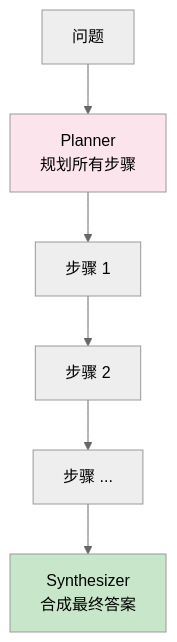
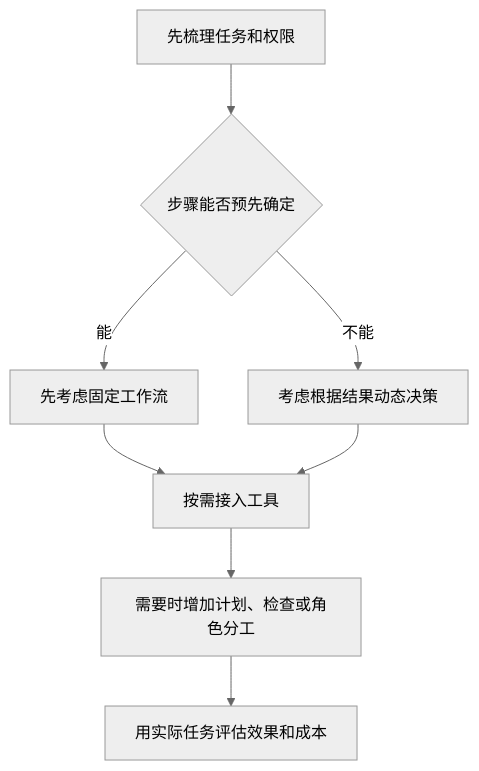
One commit to GuoWWWX/knowledge-base changed the diagram in 10-AI应用开发/05-Agent-MCP-Skills/01-Agent设计模式详解.md. Above: the diagram before and after it, drawn with Mermaid (neutral theme). The commit also changed other lines of this file and 368 other files, not shown here.

````diff
--- a/10-AI应用开发/05-Agent-MCP-Skills/01-Agent设计模式详解.md
+++ b/10-AI应用开发/05-Agent-MCP-Skills/01-Agent设计模式详解.md
@@ -105,11 +140,10 @@
 ```mermaid
 flowchart TD
-    A[问题] --> B[Planner<br/>规划所有步骤]
-    B --> C[步骤 1]
-    C --> D[步骤 2]
-    D --> E[步骤 ...]
-    E --> F[Synthesizer<br/>合成最终答案]
-    
-    style B fill:#fce4ec
-    style F fill:#c8e6c9
+    A[先梳理任务和权限] --> B{步骤能否预先确定}
+    B -->|能| C[先考虑固定工作流]
+    B -->|不能| D[考虑根据结果动态决策]
+    C --> E[按需接入工具]
+    D --> E
+    E --> F[需要时增加计划、检查或角色分工]
+    F --> G[用实际任务评估效果和成本]
 ```
````
